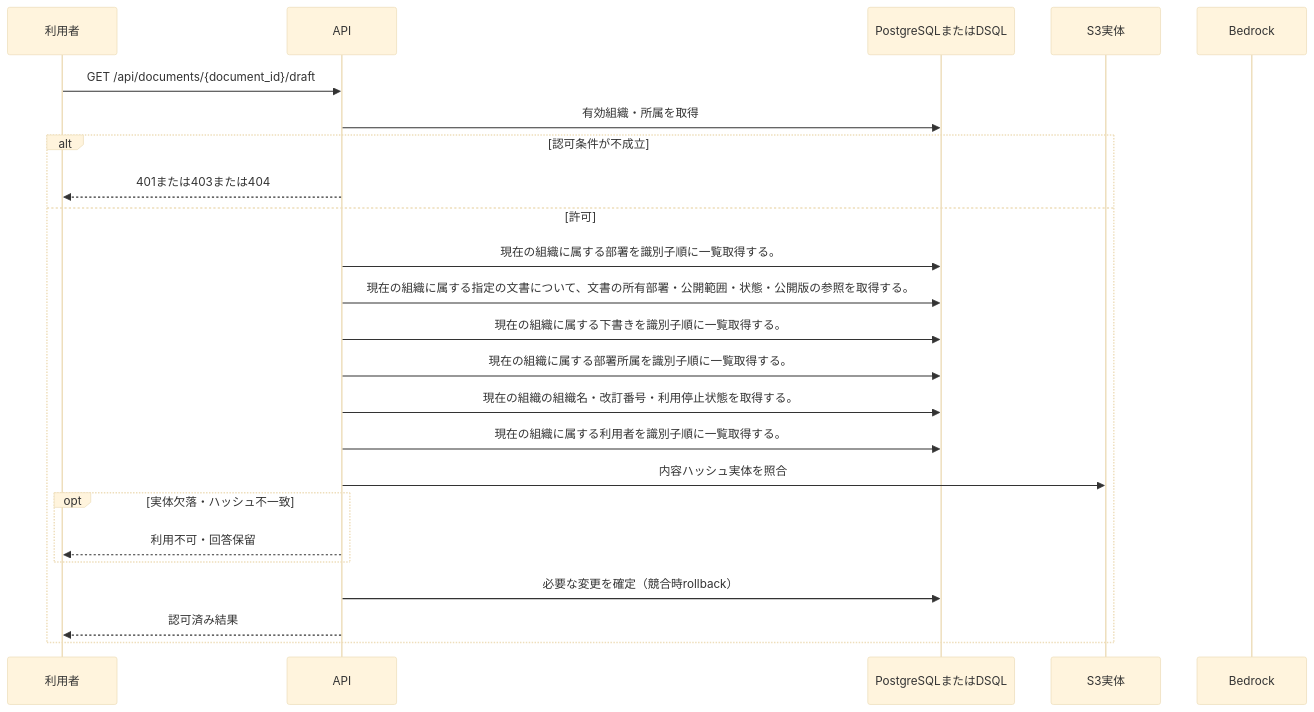
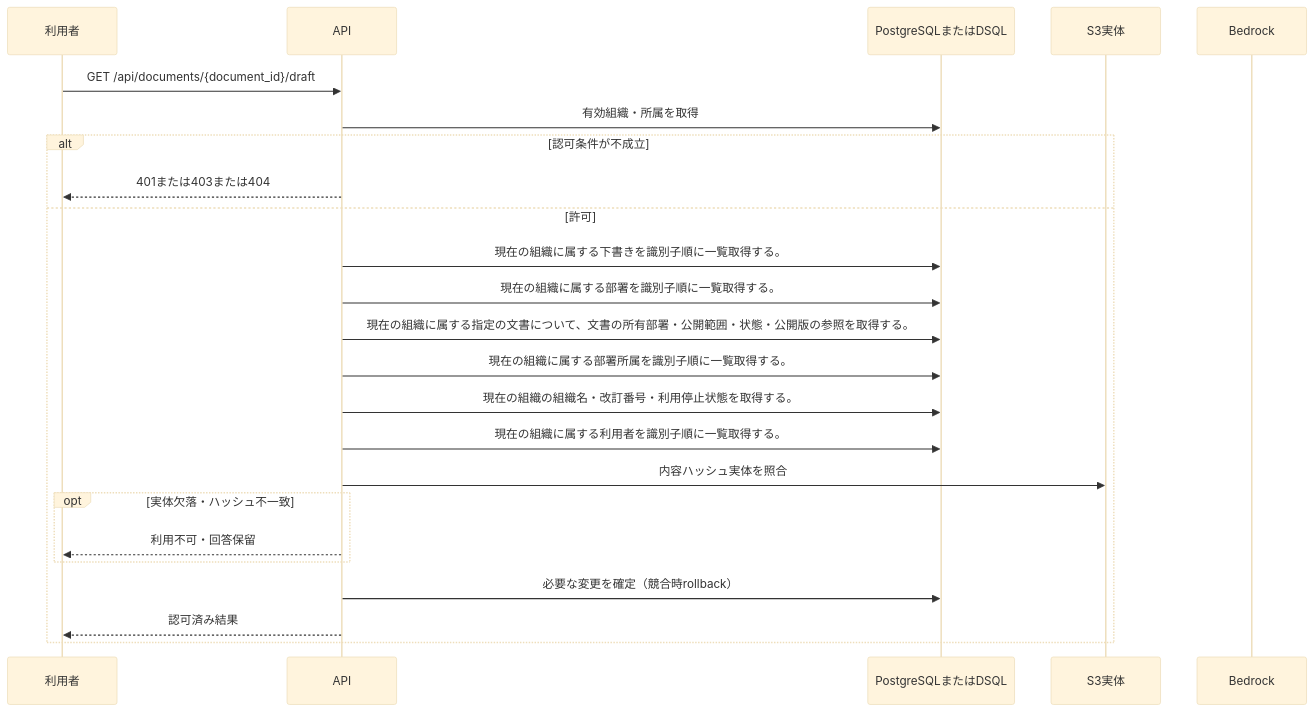
One commit to tsuji-tomonori/KotoRelay changed the diagram in docs/design/generated/api/documents/get_draft/sequence.md. Above: the diagram before and after it, drawn with Mermaid (base theme). The commit also changed other lines of this file and 628 other files, not shown here.

````diff
--- a/docs/design/generated/api/documents/get_draft/sequence.md
+++ b/docs/design/generated/api/documents/get_draft/sequence.md
@@ -7,26 +7,26 @@
 ```mermaid
 sequenceDiagram
     participant U as 利用者
     participant A as API
     participant D as PostgreSQLまたはDSQL
     participant S as S3実体
     participant M as Bedrock
     U->>A: GET /api/documents/{document_id}/draft
     A->>D: 有効組織・所属を取得
     alt 認可条件が不成立
         A-->>U: 401または403または404
     else 許可
+        A->>D: 現在の組織に属する下書きを識別子順に一覧取得する。
         A->>D: 現在の組織に属する部署を識別子順に一覧取得する。
         A->>D: 現在の組織に属する指定の文書について、文書の所有部署・公開範囲・状態・公開版の参照を取得する。
-        A->>D: 現在の組織に属する下書きを識別子順に一覧取得する。
         A->>D: 現在の組織に属する部署所属を識別子順に一覧取得する。
         A->>D: 現在の組織の組織名・改訂番号・利用停止状態を取得する。
         A->>D: 現在の組織に属する利用者を識別子順に一覧取得する。
         A->>S: 内容ハッシュ実体を照合
         opt 実体欠落・ハッシュ不一致
             A-->>U: 利用不可・回答保留
         end
         A->>D: 必要な変更を確定（競合時rollback）
         A-->>U: 認可済み結果
     end
 ```
````
